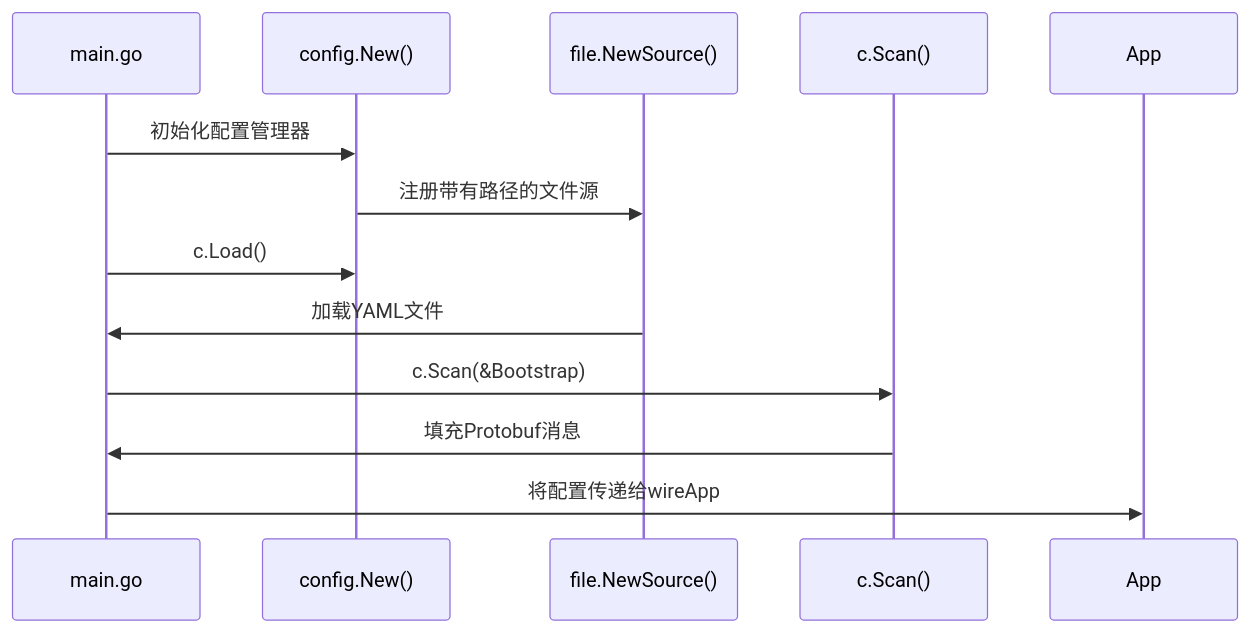
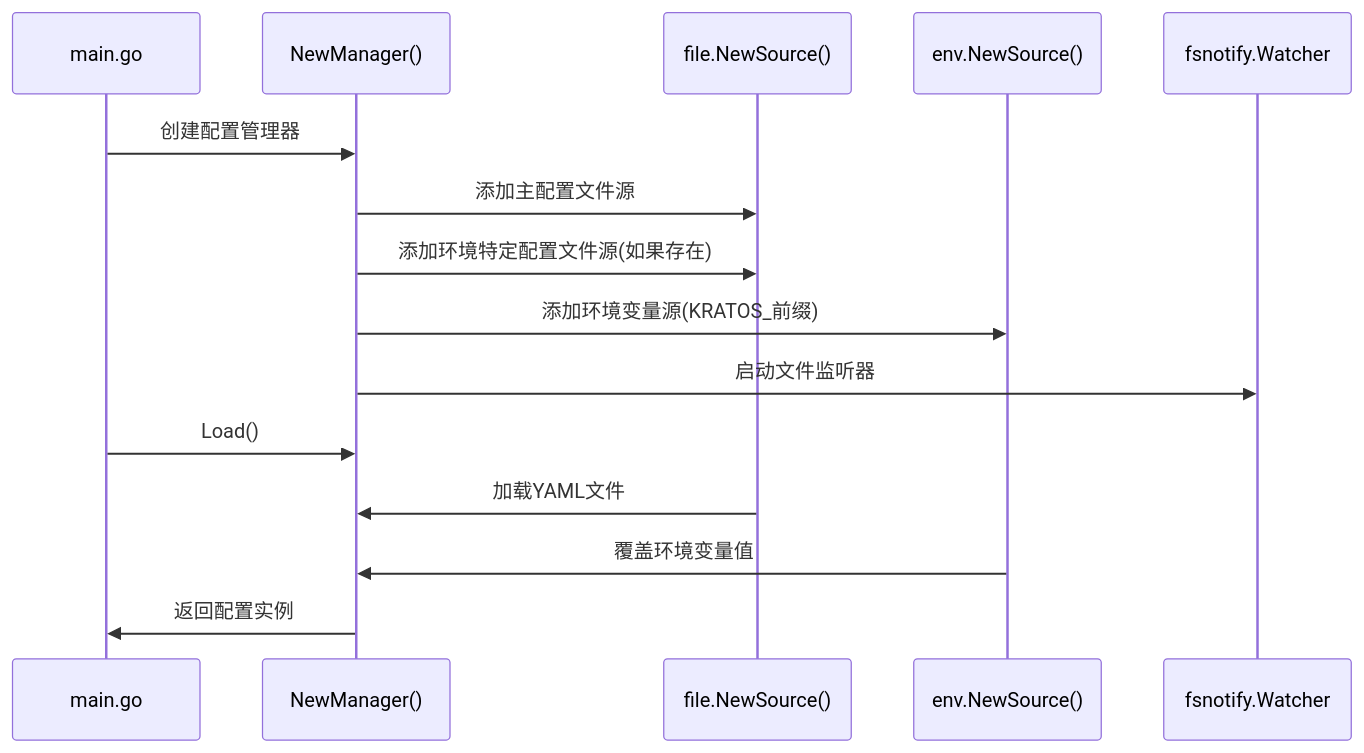
Before and after one commit to 26huitailang/kratos-boilerplate: the first of 3 diagrams in .qoder/repowiki/zh/content/Configuration/Configuration.md, drawn with Mermaid. The commit also changed other lines of this file and 31 other files, not shown here.

````diff
--- a/.qoder/repowiki/zh/content/Configuration/Configuration.md
+++ b/.qoder/repowiki/zh/content/Configuration/Configuration.md
@@ -143,14 +213,17 @@
 ```mermaid
 sequenceDiagram
 participant Main as main.go
-participant Config as config.New()
+participant ConfigManager as NewManager()
 participant FileSource as file.NewSource()
-participant Scanner as c.Scan()
-Main->>Config : 初始化配置管理器
-Config->>FileSource : 注册带有路径的文件源
-Main->>Config : c.Load()
-FileSource->>Main : 加载YAML文件
-Main->>Scanner : c.Scan(&Bootstrap)
-Scanner->>Main : 填充Protobuf消息
-Main->>App : 将配置传递给wireApp
+participant EnvSource as env.NewSource()
+participant Watcher as fsnotify.Watcher
+Main->>ConfigManager : 创建配置管理器
+ConfigManager->>FileSource : 添加主配置文件源
+ConfigManager->>FileSource : 添加环境特定配置文件源(如果存在)
+ConfigManager->>EnvSource : 添加环境变量源(KRATOS_前缀)
+ConfigManager->>Watcher : 启动文件监听器
+Main->>ConfigManager : Load()
+FileSource->>ConfigManager : 加载YAML文件
+EnvSource->>ConfigManager : 覆盖环境变量值
+ConfigManager->>Main : 返回配置实例
 ```
````
